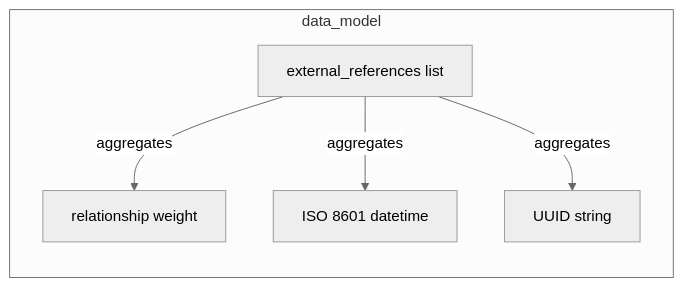
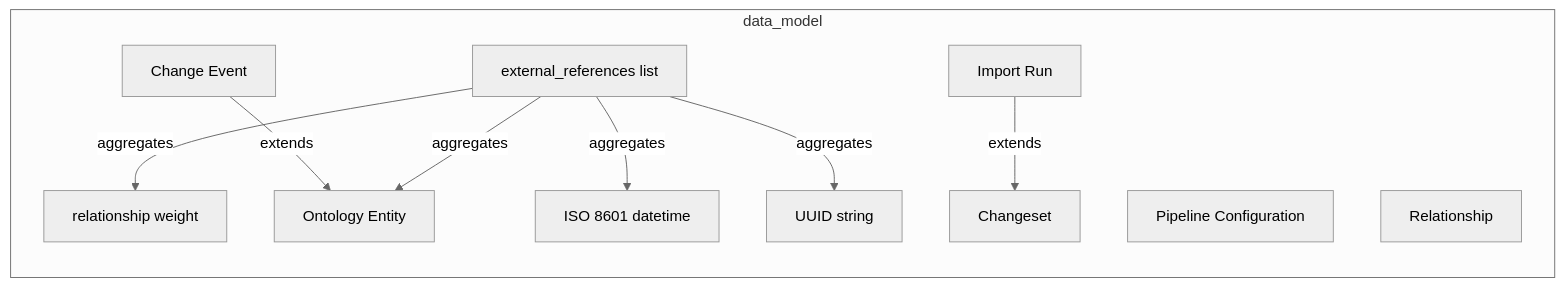
One commit to tinkermonkey/context-studio changed the first of 2 diagrams in documentation-robotics/reports/07-data-model-layer-report.md. Above: the diagram before and after it, drawn with Mermaid (neutral theme). The commit also changed other lines of this file and 10 other files, not shown here.

First line of the commit message:
Ingest application, technology, data-model layers via dr-map/dr-relate

````diff
--- a/documentation-robotics/reports/07-data-model-layer-report.md
+++ b/documentation-robotics/reports/07-data-model-layer-report.md
@@ -24,12 +29,21 @@
 ```mermaid
 flowchart LR
   subgraph data_model
     data_model_arrayschema_external_references_list["external_references list"]
     data_model_numericschema_relationship_weight["relationship weight"]
+    data_model_objectschema_change_event["Change Event"]
+    data_model_objectschema_changeset["Changeset"]
+    data_model_objectschema_import_run["Import Run"]
+    data_model_objectschema_ontology_entity["Ontology Entity"]
+    data_model_objectschema_pipeline_configuration["Pipeline Configuration"]
+    data_model_objectschema_relationship["Relationship"]
     data_model_stringschema_iso_8601_datetime["ISO 8601 datetime"]
     data_model_stringschema_uuid_string["UUID string"]
     data_model_arrayschema_external_references_list -->|aggregates| data_model_numericschema_relationship_weight
+    data_model_arrayschema_external_references_list -->|aggregates| data_model_objectschema_ontology_entity
     data_model_arrayschema_external_references_list -->|aggregates| data_model_stringschema_iso_8601_datetime
     data_model_arrayschema_external_references_list -->|aggregates| data_model_stringschema_uuid_string
+    data_model_objectschema_change_event -->|extends| data_model_objectschema_ontology_entity
+    data_model_objectschema_import_run -->|extends| data_model_objectschema_changeset
   end
 ```
````
